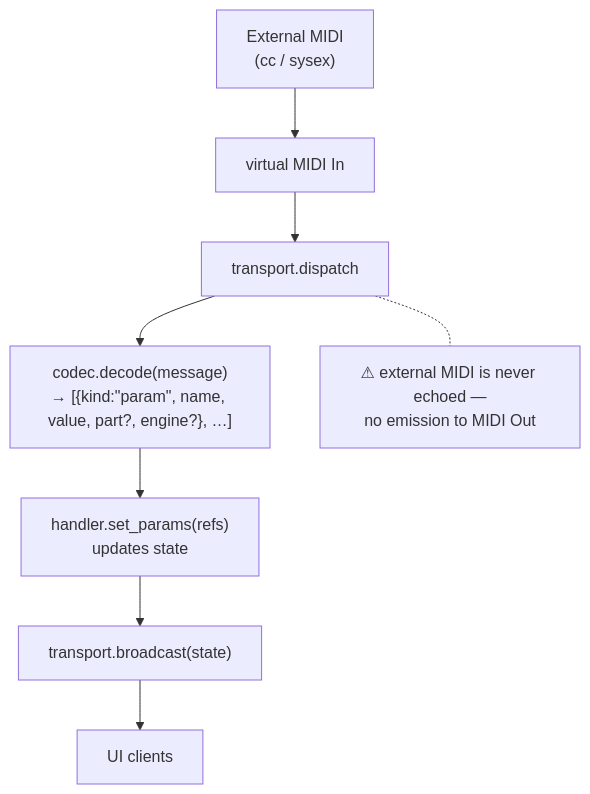
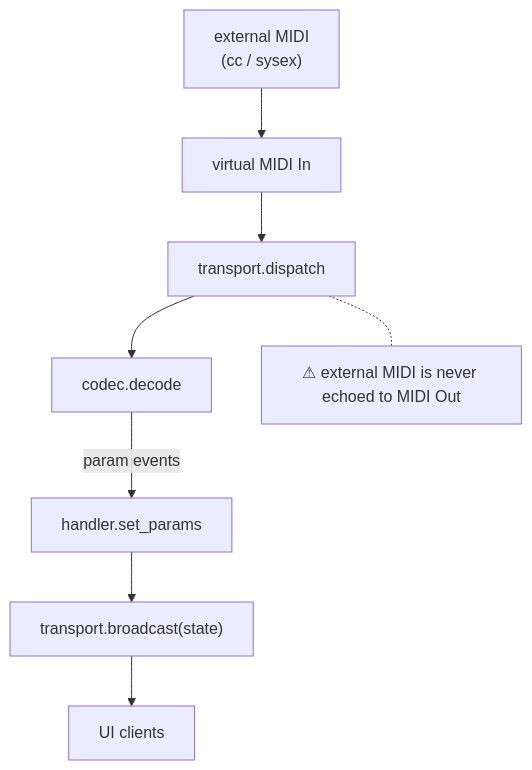
The fourth of 9 diagrams in packages/sounds-and-recreation-app/src/transport.md (uribrecher/keyboards-mcp), drawn with Mermaid before and after one commit. The commit also changed other lines of this file, not shown here.

First line of the commit message:
docs: make transport.md mermaid diagrams structural and concise

````diff
--- a/packages/sounds-and-recreation-app/src/transport.md
+++ b/packages/sounds-and-recreation-app/src/transport.md
@@ -123,11 +127,11 @@
 ```mermaid
 flowchart TB
-    em["External MIDI<br/>(cc / sysex)"] --> vin["virtual MIDI In"]
+    em["external MIDI<br/>(cc / sysex)"] --> vin["virtual MIDI In"]
     vin --> disp["transport.dispatch"]
-    disp --> dec["codec.decode(message)<br/>→ [{kind:&quot;param&quot;, name, value, part?, engine?}, …]"]
-    dec --> sp["handler.set_params(refs)<br/>updates state"]
+    disp --> dec["codec.decode"]
+    dec -- "param events" --> sp["handler.set_params"]
     sp --> bc["transport.broadcast(state)"]
     bc --> uic["UI clients"]
-    note["⚠ external MIDI is never echoed —<br/>no emission to MIDI Out"]
+    note["⚠ external MIDI is never echoed to MIDI Out"]
     disp -.- note
 ```
````
